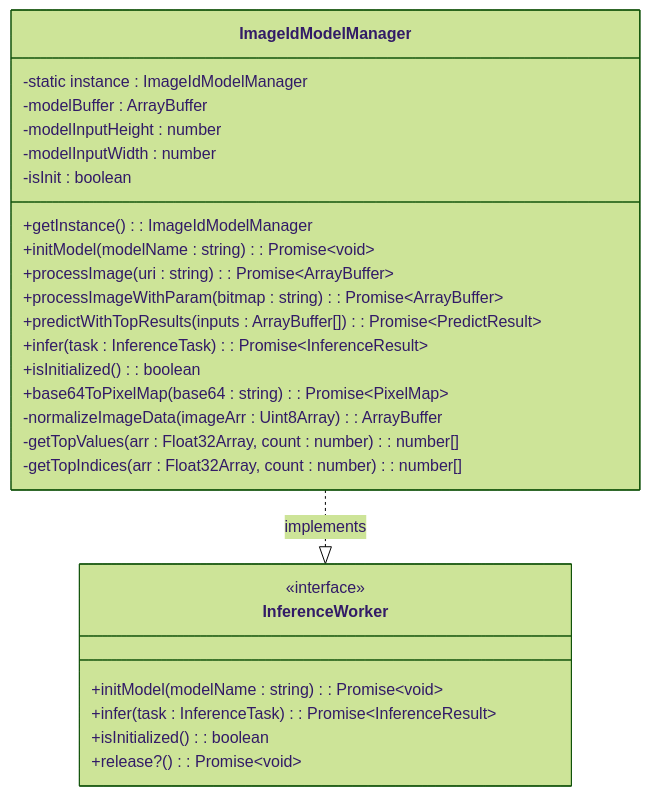
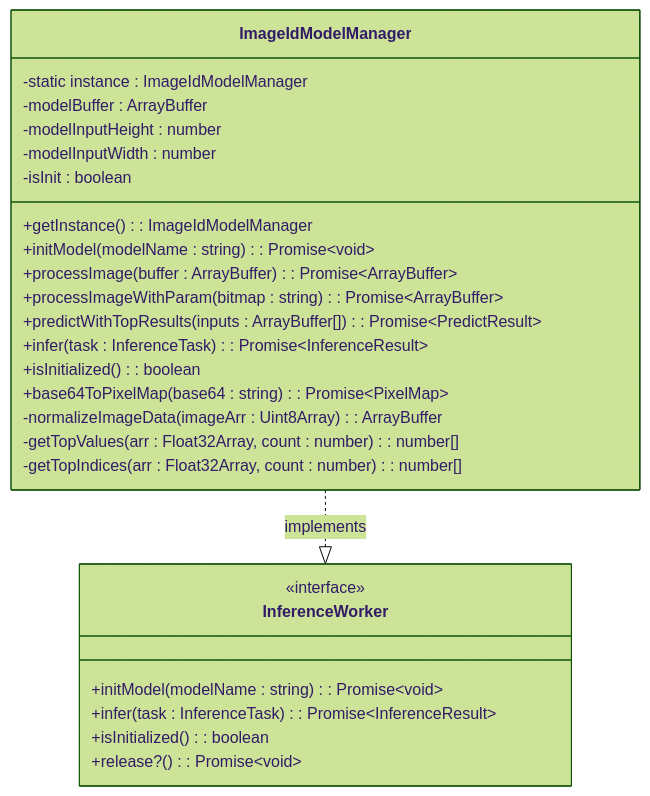
One commit to huo65/OH-Co3 changed the third of 9 diagrams in .qoder/repowiki/zh/content/推理核心模块/图像识别模型管理器.md. Above: the diagram before and after it, drawn with Mermaid (forest theme). The commit also changed other lines of this file and 15 other files, not shown here.

````diff
--- a/.qoder/repowiki/zh/content/推理核心模块/图像识别模型管理器.md
+++ b/.qoder/repowiki/zh/content/推理核心模块/图像识别模型管理器.md
@@ -154,29 +167,29 @@
 ```mermaid
 classDiagram
 class ImageIdModelManager {
 -static instance : ImageIdModelManager
 -modelBuffer : ArrayBuffer
 -modelInputHeight : number
 -modelInputWidth : number
 -isInit : boolean
 +getInstance() : ImageIdModelManager
 +initModel(modelName : string) : Promise~void~
-+processImage(uri : string) : Promise~ArrayBuffer~
++processImage(buffer : ArrayBuffer) : Promise~ArrayBuffer~
 +processImageWithParam(bitmap : string) : Promise~ArrayBuffer~
 +predictWithTopResults(inputs : ArrayBuffer[]) : Promise~PredictResult~
 +infer(task : InferenceTask) : Promise~InferenceResult~
 +isInitialized() : boolean
 +base64ToPixelMap(base64 : string) : Promise~PixelMap~
 -normalizeImageData(imageArr : Uint8Array) : ArrayBuffer
 -getTopValues(arr : Float32Array, count : number) : number[]
 -getTopIndices(arr : Float32Array, count : number) : number[]
 }
 class InferenceWorker {
 <<interface>>
 +initModel(modelName : string) : Promise~void~
 +infer(task : InferenceTask) : Promise~InferenceResult~
 +isInitialized() : boolean
 +release?() : Promise~void~
 }
 ImageIdModelManager ..|> InferenceWorker : implements
 ```
````
